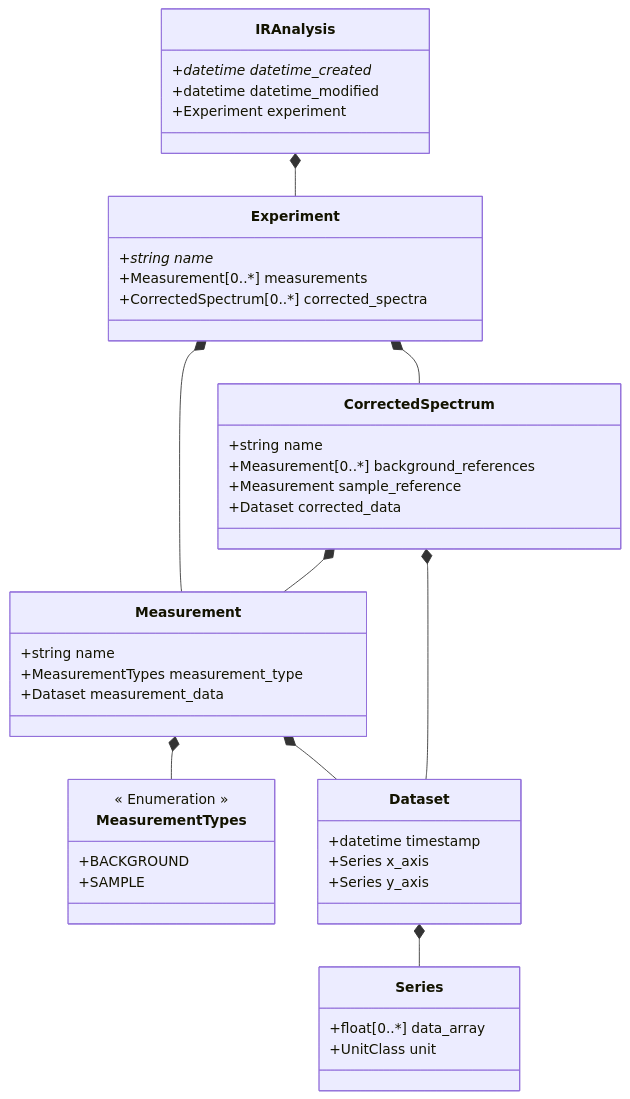
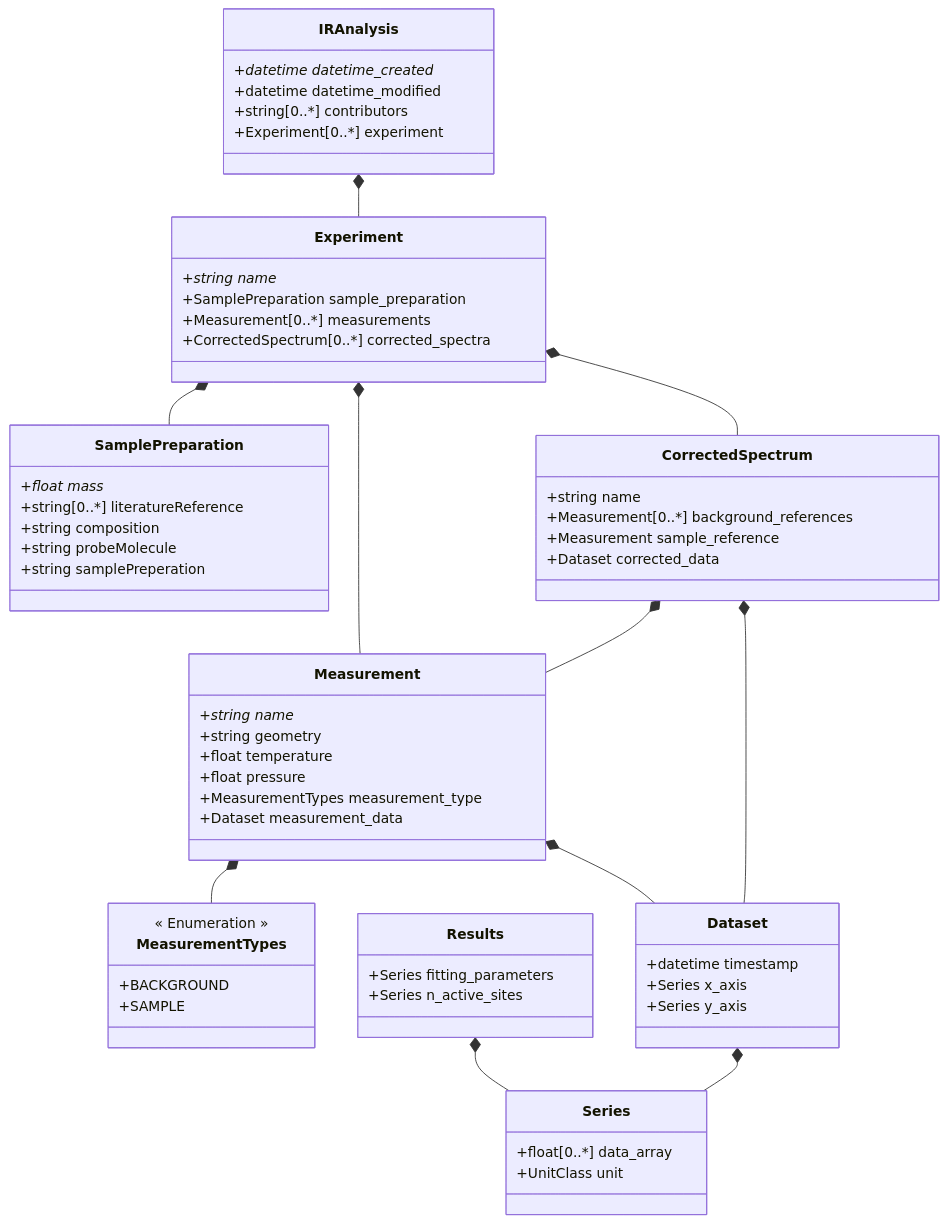
Before and after one commit to FAIRChemistry/IRAnalysis: the diagram in datamodel/schemes/datamodel_schema.md, drawn with Mermaid. The commit also changed 16 other files, not shown here.

````diff
--- a/datamodel/schemes/datamodel_schema.md
+++ b/datamodel/schemes/datamodel_schema.md
@@ -1,54 +1,74 @@
 ```mermaid
 classDiagram
     IRAnalysis *-- Experiment
+    Experiment *-- SamplePreparation
     Experiment *-- Measurement
     Experiment *-- CorrectedSpectrum
     Measurement *-- MeasurementTypes
     Measurement *-- Dataset
     CorrectedSpectrum *-- Measurement
     CorrectedSpectrum *-- Dataset
+    Results *-- Series
     Dataset *-- Series
     
     class IRAnalysis {
         +datetime datetime_created*
         +datetime datetime_modified
-        +Experiment experiment
+        +string[0..*] contributors
+        +Experiment[0..*] experiment
     }
     
     class Experiment {
         +string name*
+        +SamplePreparation sample_preparation
         +Measurement[0..*] measurements
         +CorrectedSpectrum[0..*] corrected_spectra
     }
     
+    class SamplePreparation {
+        +float mass*
+        +string[0..*] literatureReference
+        +string composition
+        +string probeMolecule
+        +string samplePreperation
+    }
+    
     class Measurement {
-        +string name
+        +string name*
+        +string geometry
+        +float temperature
+        +float pressure
         +MeasurementTypes measurement_type
         +Dataset measurement_data
     }
     
     class CorrectedSpectrum {
         +string name
         +Measurement[0..*] background_references
         +Measurement sample_reference
         +Dataset corrected_data
+    }
+    
+    class Results {
+        +Series fitting_parameters
+        +Series n_active_sites
     }
     
     class Dataset {
         +datetime timestamp
         +Series x_axis
         +Series y_axis
     }
     
     class Series {
         +float[0..*] data_array
         +UnitClass unit
     }
     
     class MeasurementTypes {
         << Enumeration >>
         +BACKGROUND
         +SAMPLE
     }
     
 ```
````
